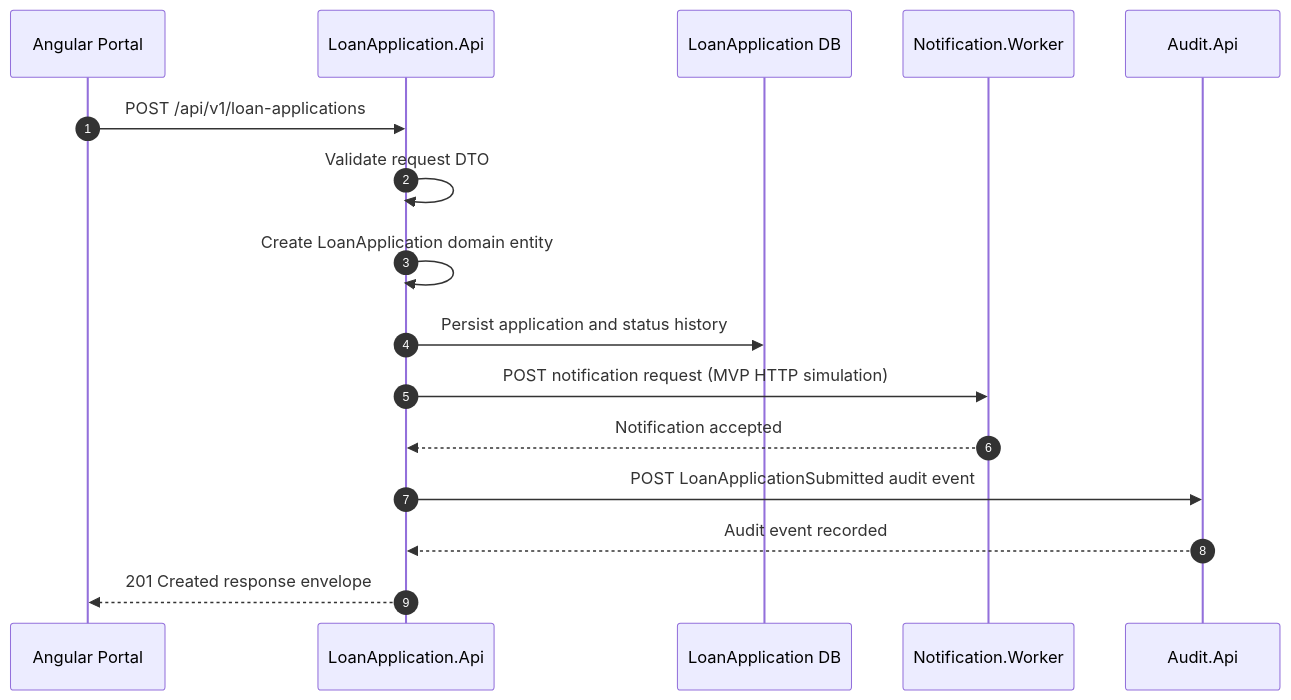
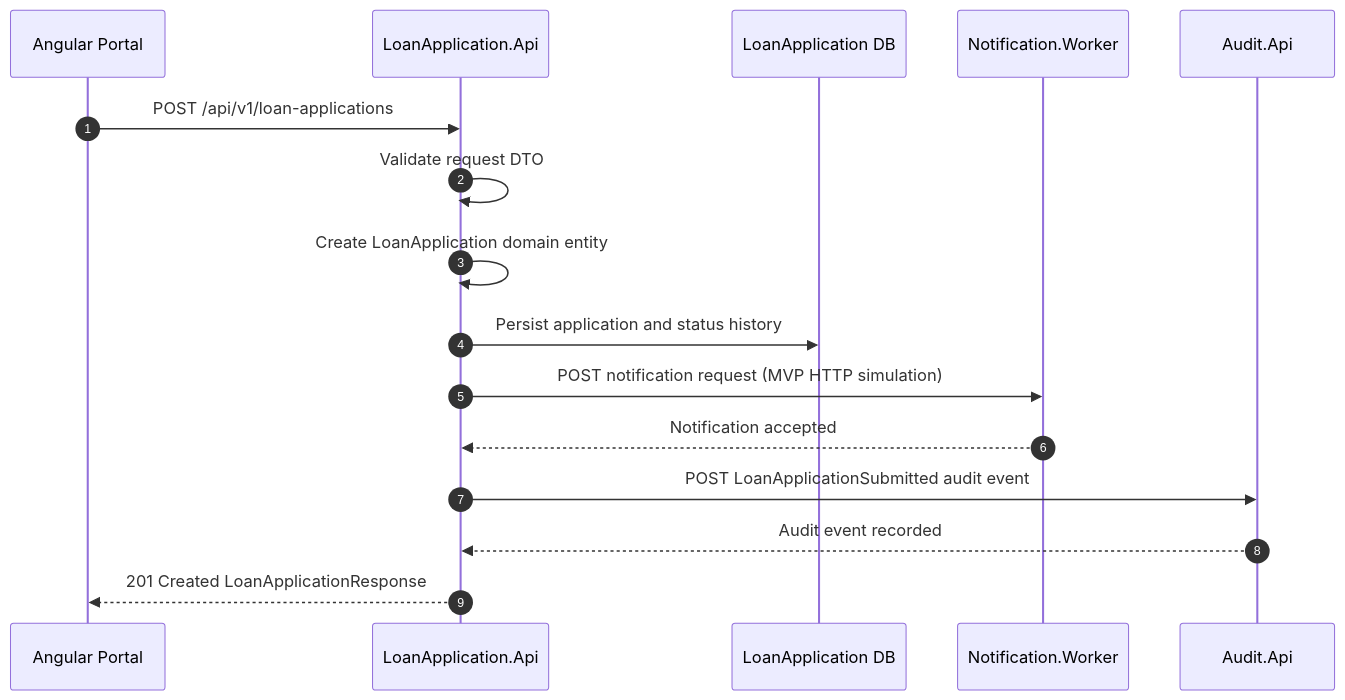
Before and after one commit to majikoushik/enterprise-loan-origination-platform: the diagram in architecture/diagrams/loan-application-sequence.md, drawn with Mermaid. The commit also changed 53 other files, not shown here.

````diff
--- a/architecture/diagrams/loan-application-sequence.md
+++ b/architecture/diagrams/loan-application-sequence.md
@@ -3,19 +3,19 @@
 ```mermaid
 sequenceDiagram
   autonumber
   participant Portal as Angular Portal
   participant Loan as LoanApplication.Api
   participant Db as LoanApplication DB
   participant Notify as Notification.Worker
   participant Audit as Audit.Api
 
   Portal->>Loan: POST /api/v1/loan-applications
   Loan->>Loan: Validate request DTO
   Loan->>Loan: Create LoanApplication domain entity
   Loan->>Db: Persist application and status history
   Loan->>Notify: POST notification request (MVP HTTP simulation)
   Notify-->>Loan: Notification accepted
   Loan->>Audit: POST LoanApplicationSubmitted audit event
   Audit-->>Loan: Audit event recorded
-  Loan-->>Portal: 201 Created response envelope
+  Loan-->>Portal: 201 Created LoanApplicationResponse
 ```
````
